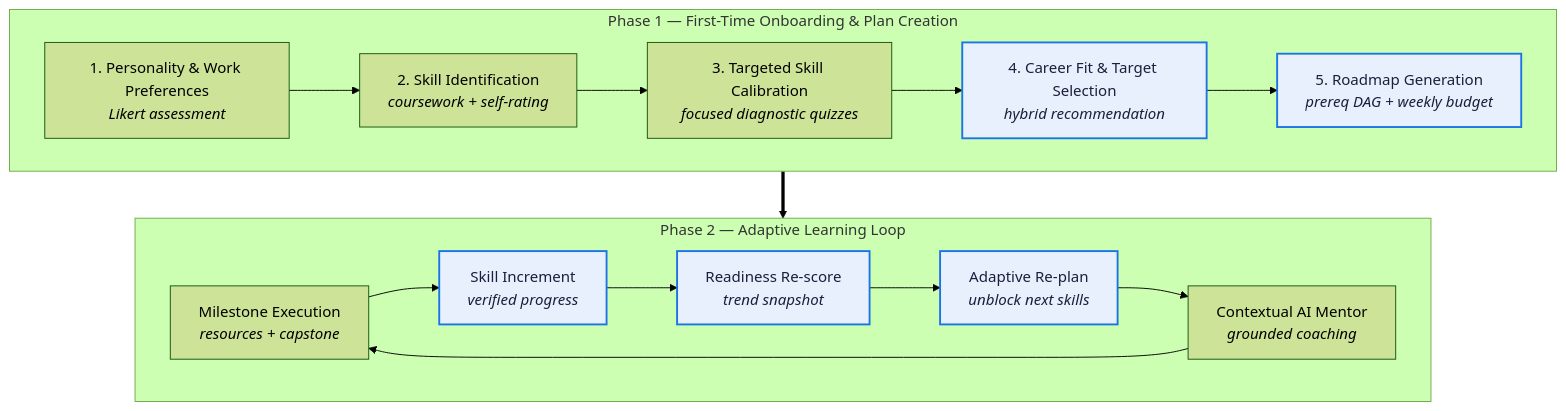
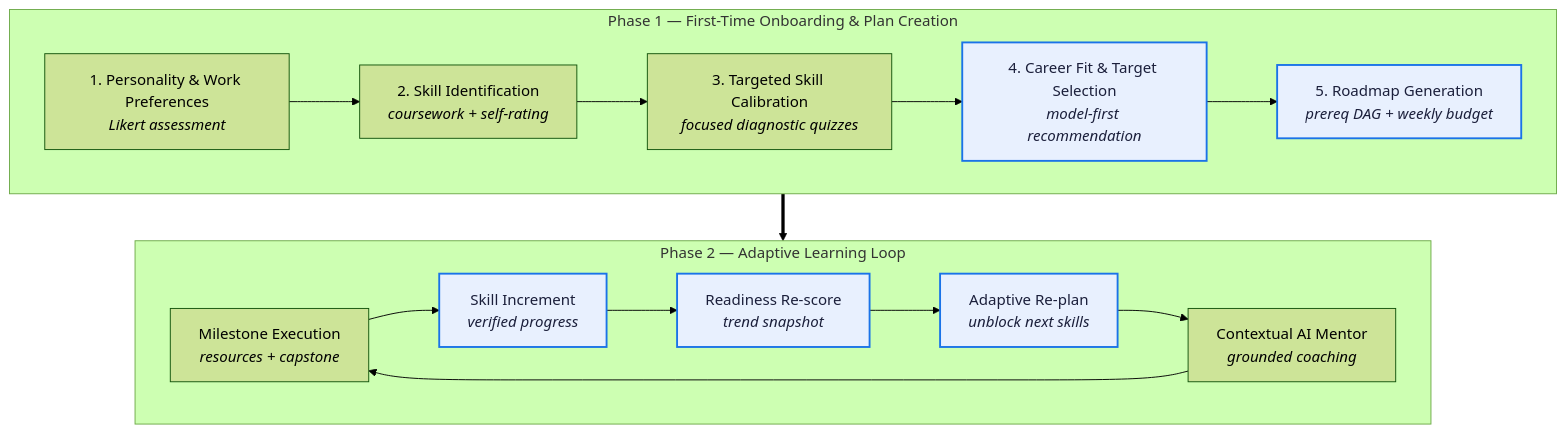
One commit to Masar-SCU/Masar changed the diagram in README.md. Above: the diagram before and after it, drawn with Mermaid (forest theme).

Commit message:
docs: align README core value loop diagram with model-first recommendation (#29)
## Summary
Aligns the README.md flowchart diagram (line 59) with the updated
model-first recommendation architecture introduced in PR #27.

## Type of Change
- [x] `docs`: Documentation update

````diff
--- a/README.md
+++ b/README.md
@@ -53,24 +53,24 @@
 ```mermaid
 flowchart TD
     subgraph ONBOARD["Phase 1 — First-Time Onboarding & Plan Creation"]
         direction LR
         A1["1. Personality & Work Preferences<br/><i>Likert assessment</i>"] --> A2["2. Skill Identification<br/><i>coursework + self-rating</i>"]
         A2 --> A3["3. Targeted Skill Calibration<br/><i>focused diagnostic quizzes</i>"]
-        A3 --> A4["4. Career Fit & Target Selection<br/><i>hybrid recommendation</i>"]
+        A3 --> A4["4. Career Fit & Target Selection<br/><i>model-first recommendation</i>"]
         A4 --> A5["5. Roadmap Generation<br/><i>prereq DAG + weekly budget</i>"]
     end
 
     subgraph LOOP["Phase 2 — Adaptive Learning Loop"]
         direction LR
         B1["Milestone Execution<br/><i>resources + capstone</i>"] --> B2["Skill Increment<br/><i>verified progress</i>"]
         B2 --> B3["Readiness Re-score<br/><i>trend snapshot</i>"]
         B3 --> B4["Adaptive Re-plan<br/><i>unblock next skills</i>"]
         B4 --> B5["Contextual AI Mentor<br/><i>grounded coaching</i>"]
         B5 --> B1
     end
 
     A5 ==> B1
 
     classDef core fill:#E8F0FE,stroke:#1A73E8,stroke-width:2px,color:#1B1F3B
     class A4,A5,B2,B3,B4 core
 ```
````
